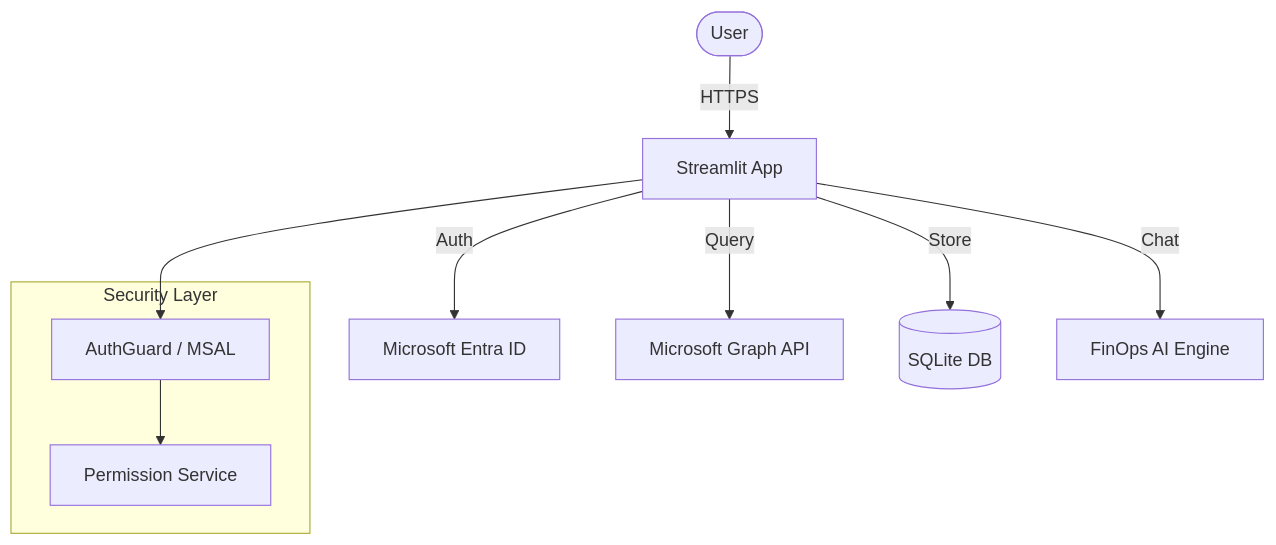
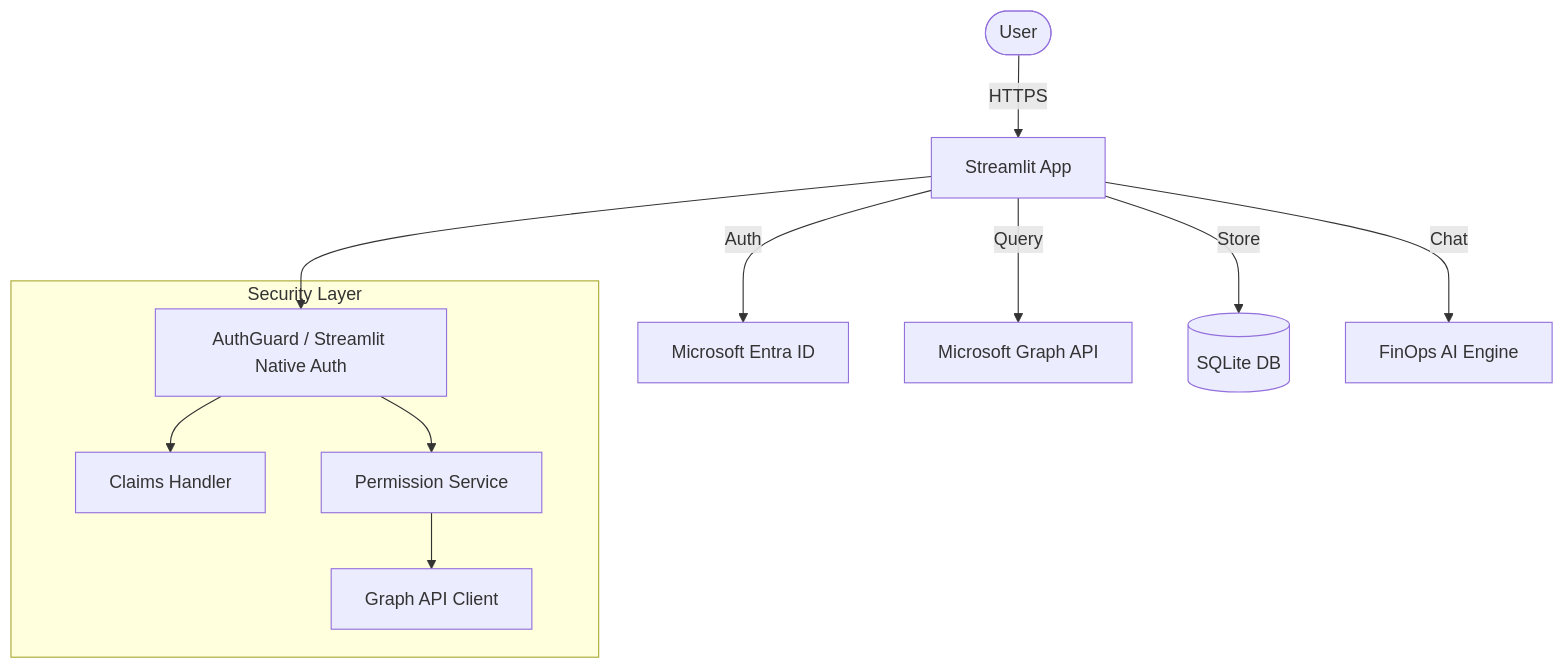
Before and after one commit to colemaster/streamlit_user_management: the diagram in README.md, drawn with Mermaid. The commit also changed other lines of this file and 2 other files, not shown here.

First line of the commit message:
Update documentation with service limits and JWT best practices

````diff
--- a/README.md
+++ b/README.md
@@ -55,16 +68,20 @@
 ```mermaid
 graph TD
     User([User]) -->|HTTPS| Streamlit[Streamlit App]
     Streamlit -->|Auth| EntraID[Microsoft Entra ID]
     Streamlit -->|Query| GraphAPI[Microsoft Graph API]
     Streamlit -->|Store| SQLite[(SQLite DB)]
     Streamlit -->|Chat| FinOpsEngine[FinOps AI Engine]
-    
+
     subgraph "Security Layer"
-        AuthGuard[AuthGuard / MSAL]
-        RBAC[Permission Service]
+        AuthGuard[AuthGuard / Streamlit Native Auth]
+        Claims[Claims Handler]
+        Permissions[Permission Service]
+        GraphClient[Graph API Client]
     end
-    
+
     Streamlit --> AuthGuard
-    AuthGuard --> RBAC
+    AuthGuard --> Claims
+    AuthGuard --> Permissions
+    Permissions --> GraphClient
 ```
````
